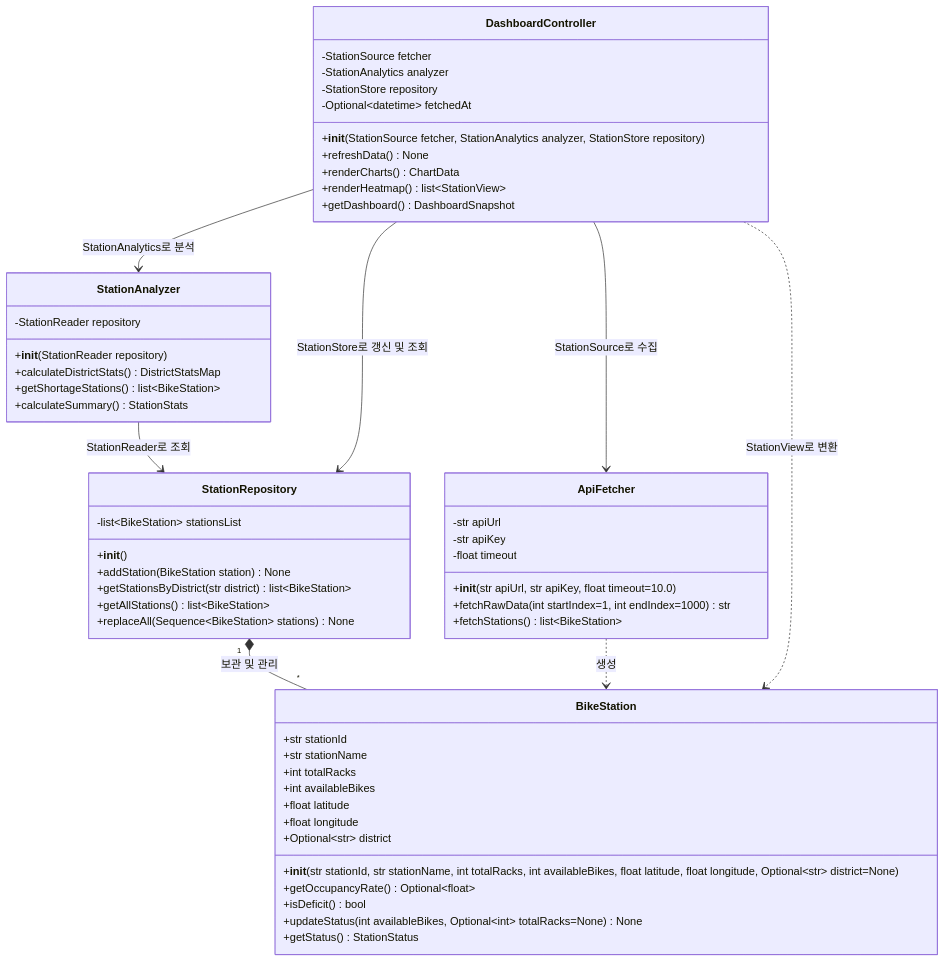
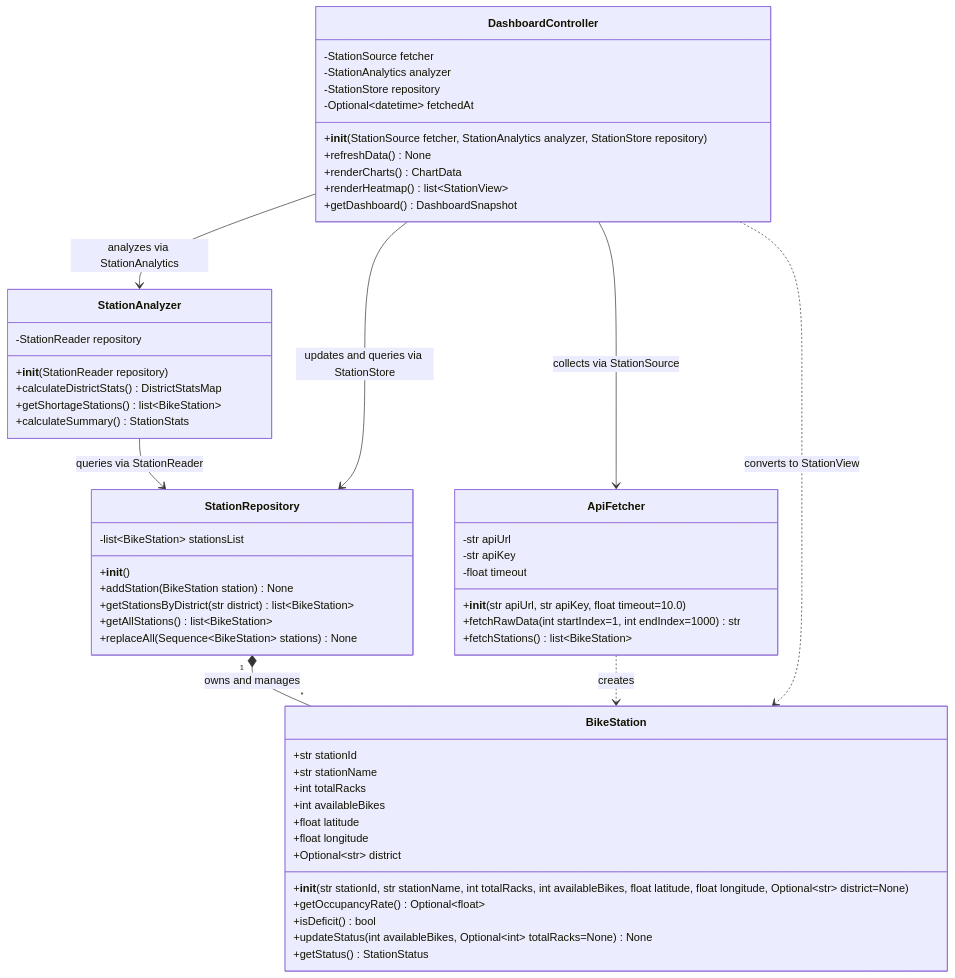
One commit to oop-team-5/project changed the diagram in README.md. Above: the diagram before and after it, drawn with Mermaid. The commit also changed other lines of this file, not shown here.

````diff
--- a/README.md
+++ b/README.md
@@ -108,58 +108,58 @@
 ```mermaid
 classDiagram
     class BikeStation {
         +str stationId
         +str stationName
         +int totalRacks
         +int availableBikes
         +float latitude
         +float longitude
         +Optional~str~ district
         +__init__(str stationId, str stationName, int totalRacks, int availableBikes, float latitude, float longitude, Optional~str~ district=None)
         +getOccupancyRate() Optional~float~
         +isDeficit() bool
         +updateStatus(int availableBikes, Optional~int~ totalRacks=None) None
         +getStatus() StationStatus
     }
     class StationRepository {
         -list~BikeStation~ stationsList
         +__init__()
         +addStation(BikeStation station) None
         +getStationsByDistrict(str district) list~BikeStation~
         +getAllStations() list~BikeStation~
         +replaceAll(Sequence~BikeStation~ stations) None
     }
     class ApiFetcher {
         -str apiUrl
         -str apiKey
         -float timeout
         +__init__(str apiUrl, str apiKey, float timeout=10.0)
         +fetchRawData(int startIndex=1, int endIndex=1000) str
         +fetchStations() list~BikeStation~
     }
     class StationAnalyzer {
         -StationReader repository
         +__init__(StationReader repository)
         +calculateDistrictStats() DistrictStatsMap
         +getShortageStations() list~BikeStation~
         +calculateSummary() StationStats
     }
     class DashboardController {
         -StationSource fetcher
         -StationAnalytics analyzer
         -StationStore repository
         -Optional~datetime~ fetchedAt
         +__init__(StationSource fetcher, StationAnalytics analyzer, StationStore repository)
         +refreshData() None
         +renderCharts() ChartData
         +renderHeatmap() list~StationView~
         +getDashboard() DashboardSnapshot
     }
-    StationRepository "1" *-- "*" BikeStation : 보관 및 관리
-    ApiFetcher ..> BikeStation : 생성
-    StationAnalyzer --> StationRepository : StationReader로 조회
-    DashboardController --> ApiFetcher : StationSource로 수집
-    DashboardController --> StationAnalyzer : StationAnalytics로 분석
-    DashboardController --> StationRepository : StationStore로 갱신 및 조회
-    DashboardController ..> BikeStation : StationView로 변환
+    StationRepository "1" *-- "*" BikeStation : owns and manages
+    ApiFetcher ..> BikeStation : creates
+    StationAnalyzer --> StationRepository : queries via StationReader
+    DashboardController --> ApiFetcher : collects via StationSource
+    DashboardController --> StationAnalyzer : analyzes via StationAnalytics
+    DashboardController --> StationRepository : updates and queries via StationStore
+    DashboardController ..> BikeStation : converts to StationView
 ```
````
